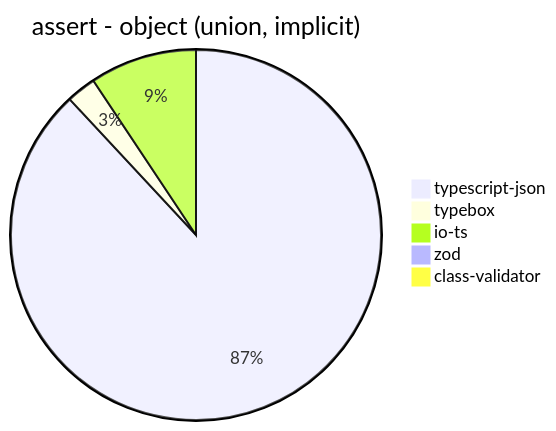
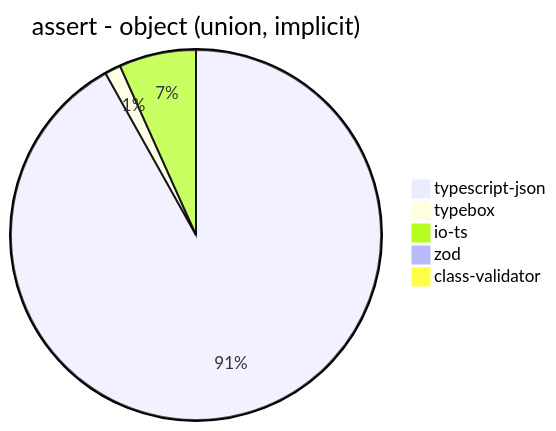
One commit to samchon/typia changed diagram 12 of 39 in benchmark/results/AMD Ryzen 7 5800H with Radeon Graphics.md. Above: the diagram before and after it, drawn with Mermaid. The commit also changed other lines of this file and 3 other files, not shown here.

````diff
--- a/benchmark/results/AMD Ryzen 7 5800H with Radeon Graphics.md
+++ b/benchmark/results/AMD Ryzen 7 5800H with Radeon Graphics.md
@@ -156,8 +156,8 @@
 ```mermaid
 pie title assert - object (union, implicit)
-  "typescript-json": 5072.73045916579
-  "typebox": 149.06490649064907
-  "io-ts": 537.934763020364
-  "zod": 47.36053912392363
-  "class-validator": 16.092814371257486
+  "typescript-json": 4704.212454212454
+  "typebox": 71.51910193735289
+  "io-ts": 344.32571849668386
+  "zod": 19.140551698254832
+  "class-validator": 14.721919302071974
 ```
````
